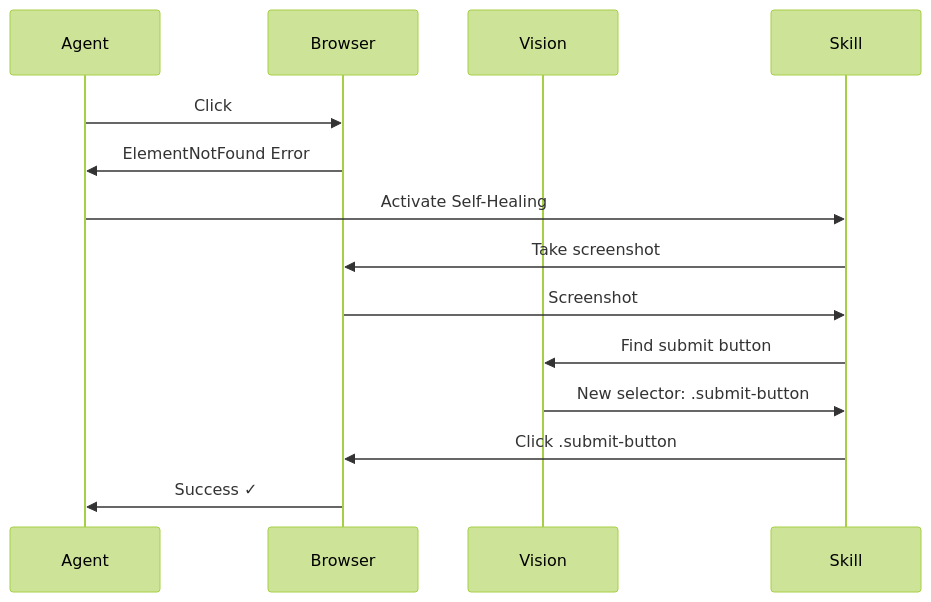
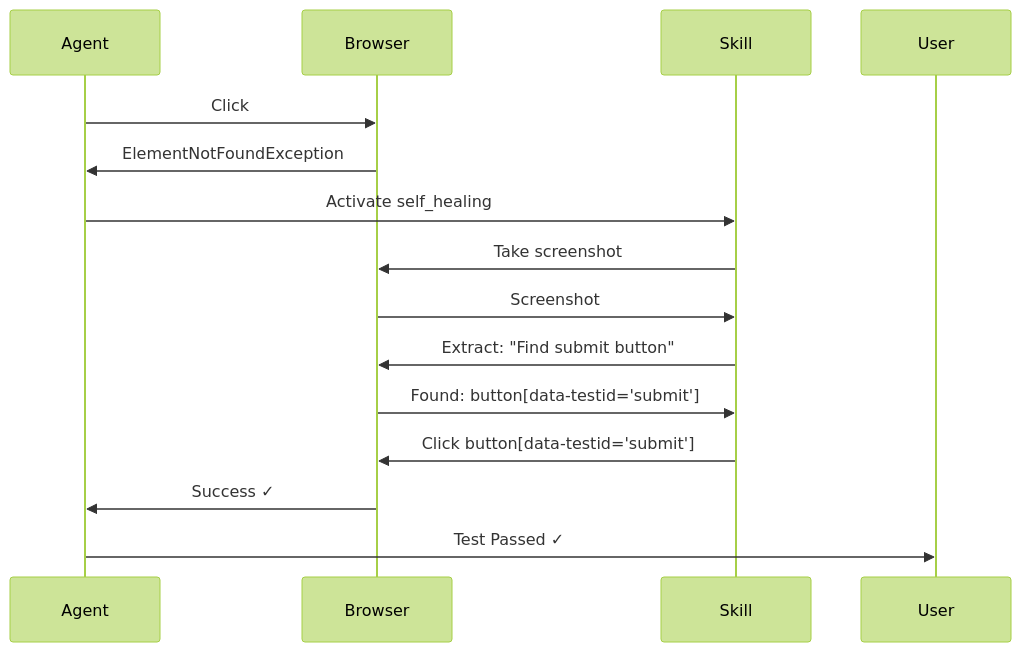
Before and after one commit to Kite-Agent/docs: the second of 2 diagrams in docs/examples/self-healing.md, drawn with Mermaid (forest theme). The commit also changed other lines of this file and 41 other files, not shown here.

````diff
--- a/docs/examples/self-healing.md
+++ b/docs/examples/self-healing.md
@@ -61,17 +201,13 @@
 ```mermaid
 sequenceDiagram
-    participant Agent
-    participant Browser
-    participant Vision
-    participant Skill
-
-    Agent->>Browser: Click #submit-btn
-    Browser->>Agent: ElementNotFound Error
-    Agent->>Skill: Activate Self-Healing
+    Agent->>Browser: Click #old-submit-btn
+    Browser->>Agent: ElementNotFoundException
+    Agent->>Skill: Activate self_healing
     Skill->>Browser: Take screenshot
     Browser->>Skill: Screenshot
-    Skill->>Vision: Find submit button
-    Vision->>Skill: New selector: .submit-button
-    Skill->>Browser: Click .submit-button
+    Skill->>Browser: Extract: "Find submit button"
+    Browser->>Skill: Found: button[data-testid='submit']
+    Skill->>Browser: Click button[data-testid='submit']
     Browser->>Agent: Success ✓
+    Agent->>User: Test Passed ✓
 ```
````
